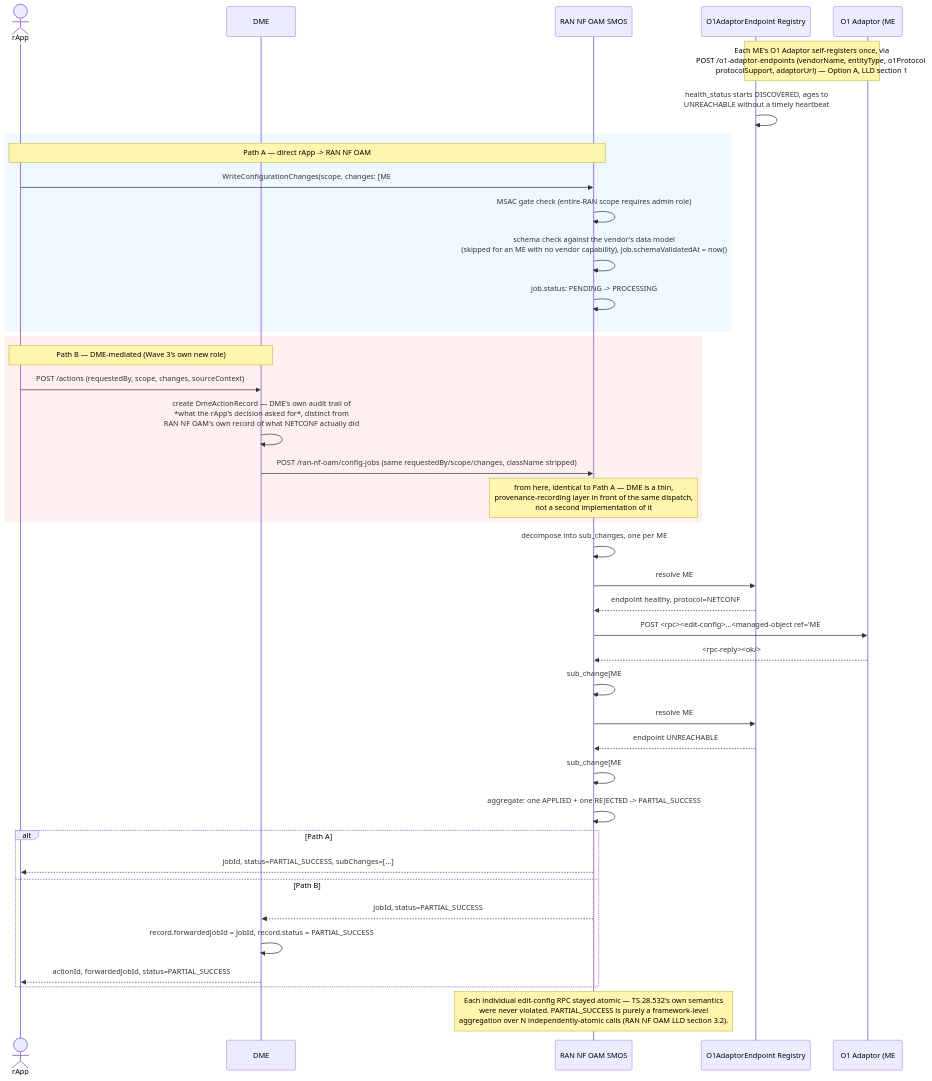
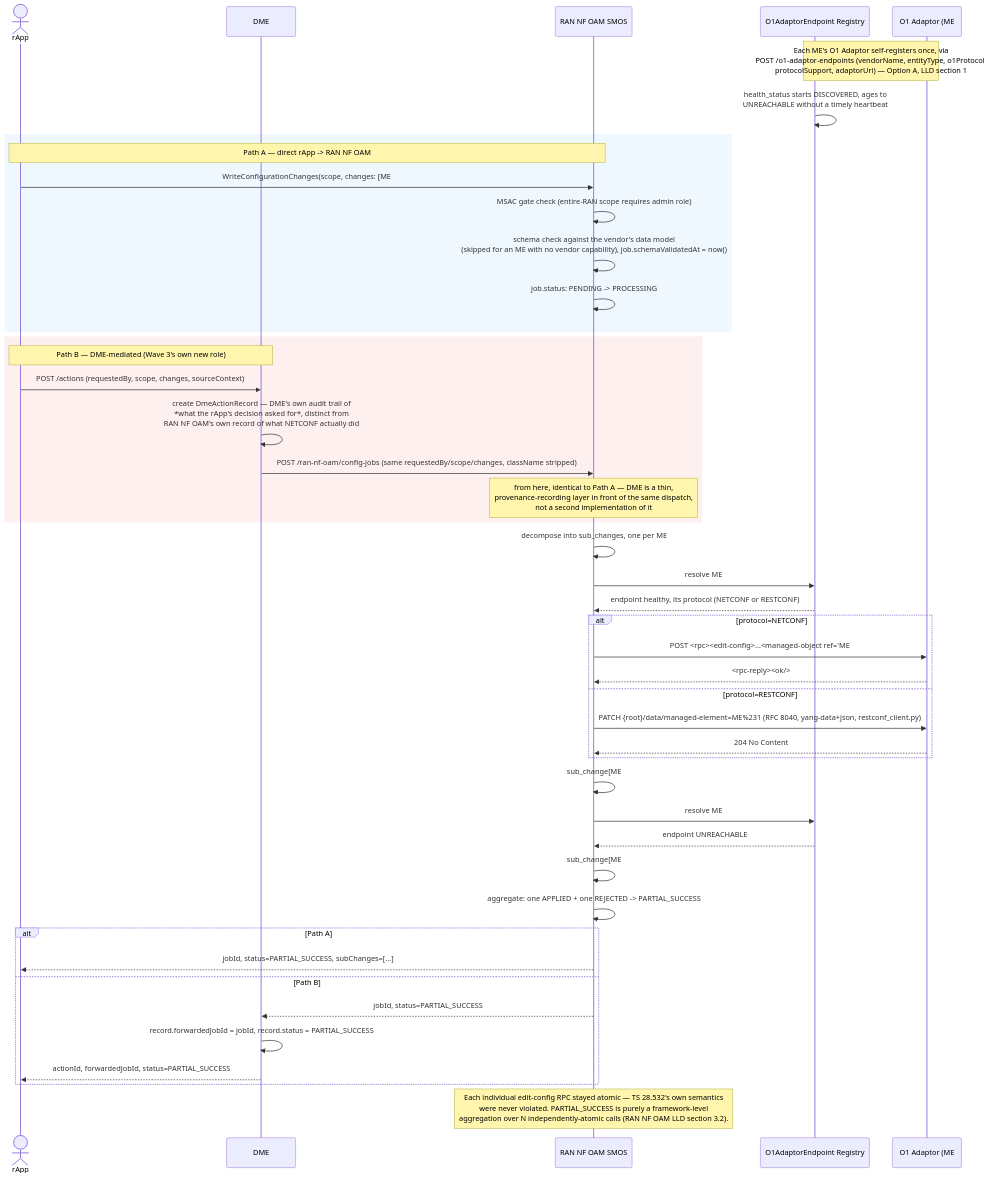
Before and after one commit to rsys-bshankar/ai-ran-ref: the diagram in smo/docs/call-flows/03-config-write-with-schema-check.md, drawn with Mermaid. The commit also changed other lines of this file and 16 other files, not shown here.

First line of the commit message:
RAN NF OAM: RESTCONF CM dispatch over RFC 8040 (OI-1-cm-sync-restconf)

````diff
--- a/smo/docs/call-flows/03-config-write-with-schema-check.md
+++ b/smo/docs/call-flows/03-config-write-with-schema-check.md
@@ -36,49 +37,54 @@
 ```mermaid
 sequenceDiagram
     actor rApp
     participant DME as DME
     participant NFOAM as RAN NF OAM SMOS
     participant Registry as O1AdaptorEndpoint Registry
     participant EP1 as O1 Adaptor (ME #1)
 
     Note over EP1,Registry: Each ME's O1 Adaptor self-registers once, via<br/>POST /o1-adaptor-endpoints (vendorName, entityType, o1Protocol,<br/>protocolSupport, adaptorUri) — Option A, LLD section 1
     Registry->>Registry: health_status starts DISCOVERED, ages to<br/>UNREACHABLE without a timely heartbeat
 
     rect rgb(240, 248, 255)
     Note over rApp,NFOAM: Path A — direct rApp -> RAN NF OAM
     rApp->>NFOAM: WriteConfigurationChanges(scope, changes: [ME#1 change, ME#2 change])
     NFOAM->>NFOAM: MSAC gate check (entire-RAN scope requires admin role)
     NFOAM->>NFOAM: schema check against the vendor's data model<br/>(skipped for an ME with no vendor capability), job.schemaValidatedAt = now()
     NFOAM->>NFOAM: job.status: PENDING -> PROCESSING
     end
 
     rect rgb(255, 240, 240)
     Note over rApp,DME: Path B — DME-mediated (Wave 3's own new role)
     rApp->>DME: POST /actions (requestedBy, scope, changes, sourceContext)
     DME->>DME: create DmeActionRecord — DME's own audit trail of<br/>*what the rApp's decision asked for*, distinct from<br/>RAN NF OAM's own record of what NETCONF actually did
     DME->>NFOAM: POST /ran-nf-oam/config-jobs (same requestedBy/scope/changes, className stripped)
     Note over NFOAM: from here, identical to Path A — DME is a thin,<br/>provenance-recording layer in front of the same dispatch,<br/>not a second implementation of it
     end
 
     NFOAM->>NFOAM: decompose into sub_changes, one per ME
     NFOAM->>Registry: resolve ME#1's endpoint
-    Registry-->>NFOAM: endpoint healthy, protocol=NETCONF
-    NFOAM->>EP1: POST <rpc><edit-config>...<managed-object ref="ME#1" operation="merge">...(RFC 6241, netconf_client.py)
-    EP1-->>NFOAM: <rpc-reply><ok/>
+    Registry-->>NFOAM: endpoint healthy, its protocol (NETCONF or RESTCONF)
+    alt protocol=NETCONF
+        NFOAM->>EP1: POST <rpc><edit-config>...<managed-object ref="ME#1" operation="merge">...(RFC 6241, netconf_client.py)
+        EP1-->>NFOAM: <rpc-reply><ok/>
+    else protocol=RESTCONF
+        NFOAM->>EP1: PATCH {root}/data/managed-element=ME%231 (RFC 8040, yang-data+json, restconf_client.py)
+        EP1-->>NFOAM: 204 No Content
+    end
     NFOAM->>NFOAM: sub_change[ME#1].status = APPLIED
 
     NFOAM->>Registry: resolve ME#2's endpoint
     Registry-->>NFOAM: endpoint UNREACHABLE
     NFOAM->>NFOAM: sub_change[ME#2].status = REJECTED (ENDPOINT_UNREACHABLE)
 
     NFOAM->>NFOAM: aggregate: one APPLIED + one REJECTED -> PARTIAL_SUCCESS
     alt Path A
         NFOAM-->>rApp: jobId, status=PARTIAL_SUCCESS, subChanges=[...]
     else Path B
         NFOAM-->>DME: jobId, status=PARTIAL_SUCCESS
         DME->>DME: record.forwardedJobId = jobId, record.status = PARTIAL_SUCCESS
         DME-->>rApp: actionId, forwardedJobId, status=PARTIAL_SUCCESS
     end
 
     Note over NFOAM: Each individual edit-config RPC stayed atomic — TS 28.532's own semantics<br/>were never violated. PARTIAL_SUCCESS is purely a framework-level<br/>aggregation over N independently-atomic calls (RAN NF OAM LLD section 3.2).
 ```
````
